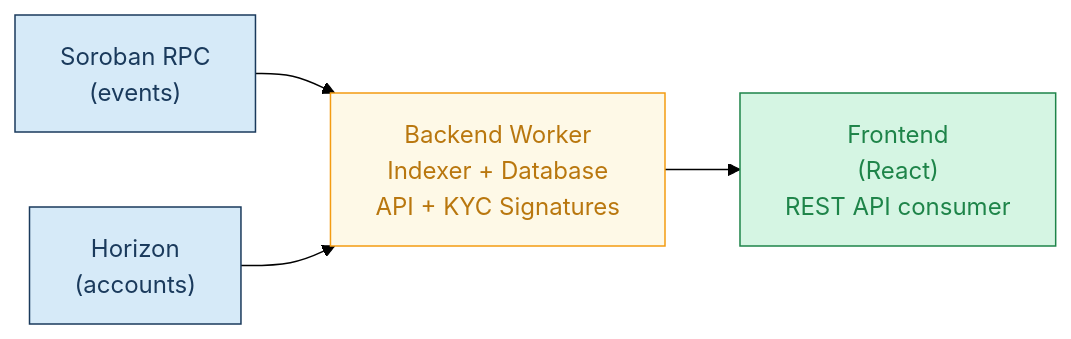
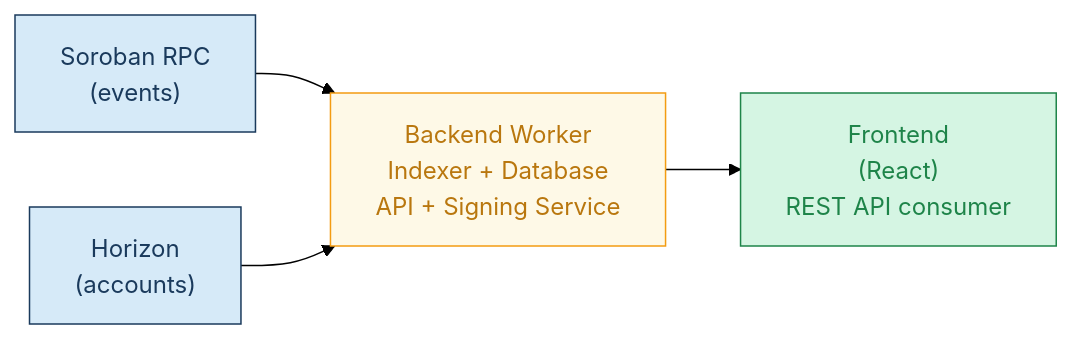
The seventh of 8 diagrams in README.md (lendxyz/stellar-stack), drawn with Mermaid (forest theme) before and after one commit. The commit also changed other lines of this file, not shown here.

````diff
--- a/README.md
+++ b/README.md
@@ -360,14 +634,14 @@
 ```mermaid
 graph LR
-    RPC["Soroban RPC<br/>(events)"] --> W["Backend Worker<br/>Indexer + Database<br/>API + KYC Signatures"]
+    RPC["Soroban RPC<br/>(events)"] --> W["Backend Worker<br/>Indexer + Database<br/>API + Signing Service"]
     HOR["Horizon<br/>(accounts)"] --> W
     W --> FE["Frontend<br/>(React)<br/>REST API consumer"]
 
     classDef stellar fill:#d6eaf8,stroke:#1a3a5c,color:#1a3a5c
     classDef worker fill:#fef9e7,stroke:#f39c12,color:#b9770e
     classDef frontend fill:#d5f5e3,stroke:#1e8449,color:#1e8449
 
     class RPC,HOR stellar
     class W worker
     class FE frontend
 ```
````
